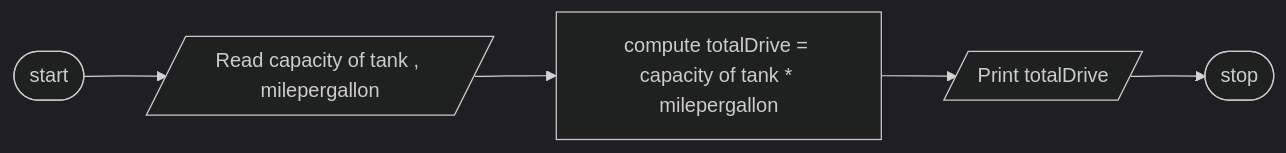
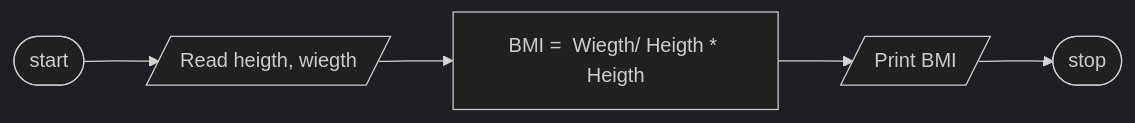
Before and after one commit to SWEG-2015EC-Batch/Wired: the diagram in ETS1041_15_Nathan_Haylemaryam/BMI calculator.md, drawn with Mermaid (dark theme). The commit also changed other lines of this file, not shown here.

Commit message:
Update BMI calculator.md

````diff
--- a/ETS1041_15_Nathan_Haylemaryam/BMI calculator.md
+++ b/ETS1041_15_Nathan_Haylemaryam/BMI calculator.md
@@ -21,12 +21,12 @@
 ```mermaid
 flowchart LR;
 id1([start])
-id2[/Read capacity of tank , milepergallon/]
-id3[compute totalDrive = capacity of tank * milepergallon]
-id4[/Print totalDrive/]
+id2[/Read heigth, wiegth/]
+id3[BMI =  Wiegth/ Heigth * Heigth]
+id4[/Print BMI/]
 id5([stop])
-id1-->id2
+id1--> id2
 id2--> id3
 id3--> id4
 id4--> id5
 ```
````
